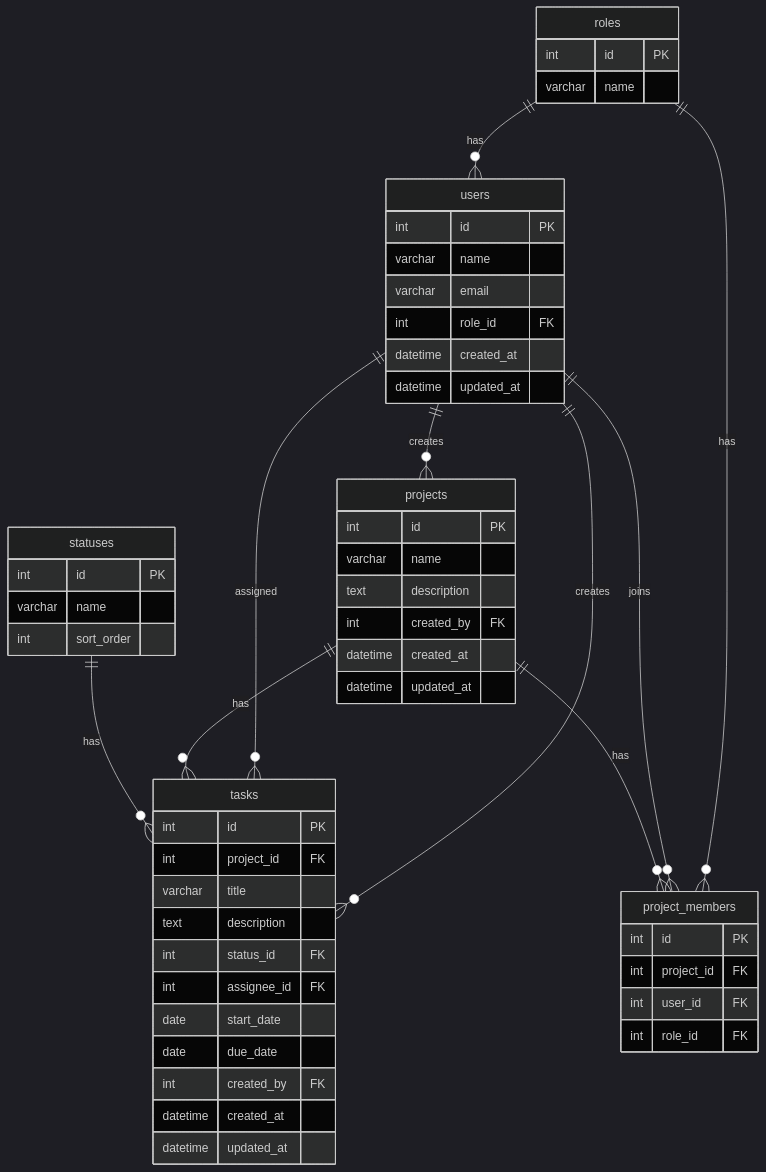
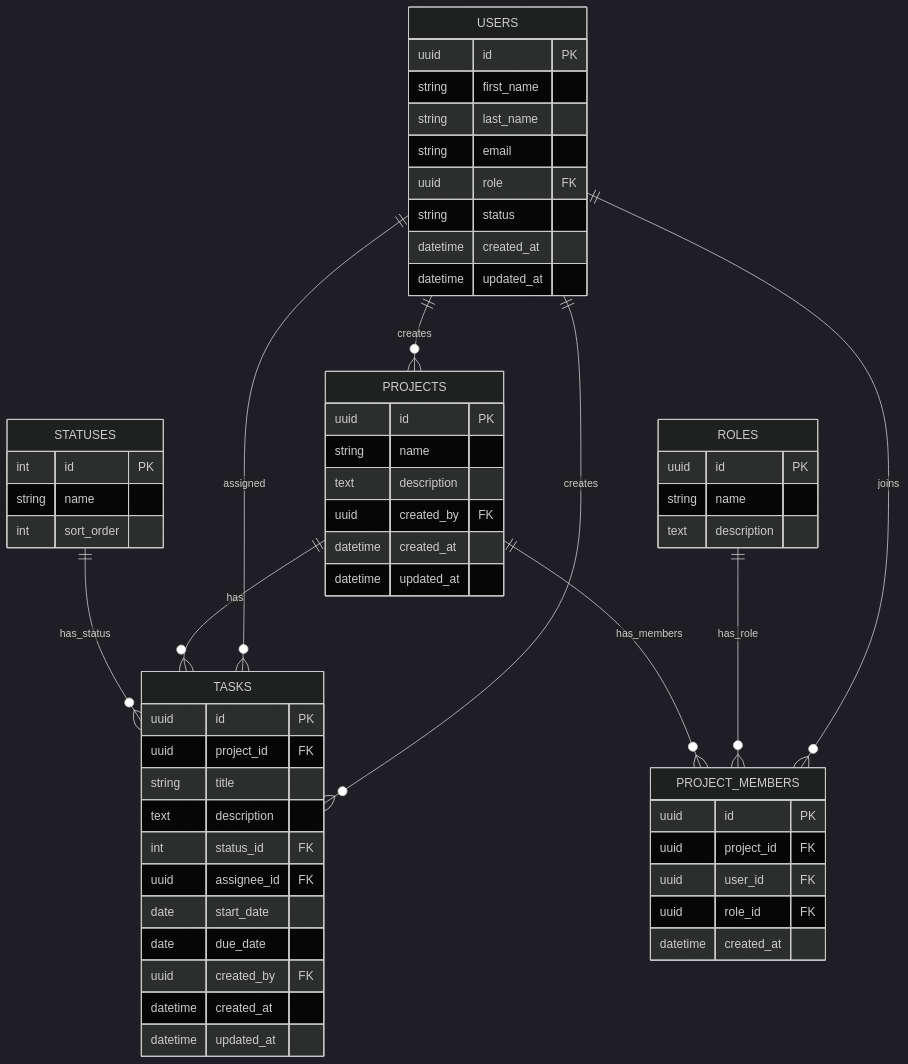
One commit to kazu0801-b/tm3-management-app changed the diagram in docs/er-diagram.md. Above: the diagram before and after it, drawn with Mermaid (dark theme). The commit also changed other lines of this file, not shown here.

Commit message:
docs: MVP用ER図を作成

````diff
--- a/docs/er-diagram.md
+++ b/docs/er-diagram.md
@@ -20,65 +24,68 @@
 ```mermaid
 erDiagram
-    roles ||--o{ users : "has"
-    roles ||--o{ project_members : "has"
+    USERS ||--o{ PROJECTS : "creates"
+    USERS ||--o{ TASKS : "creates"
+    USERS ||--o{ TASKS : "assigned"
+    USERS ||--o{ PROJECT_MEMBERS : "joins"
 
-    users ||--o{ projects : "creates"
-    users ||--o{ tasks : "creates"
-    users ||--o{ tasks : "assigned"
-    users ||--o{ project_members : "joins"
+    ROLES ||--o{ PROJECT_MEMBERS : "has_role"
 
-    projects ||--o{ tasks : "has"
-    projects ||--o{ project_members : "has"
+    PROJECTS ||--o{ TASKS : "has"
+    PROJECTS ||--o{ PROJECT_MEMBERS : "has_members"
 
-    statuses ||--o{ tasks : "has"
+    STATUSES ||--o{ TASKS : "has_status"
 
-    roles {
-        int id PK
-        varchar name
-    }
-
-    users {
-        int id PK
-        varchar name
-        varchar email
-        int role_id FK
+    USERS {
+        uuid id PK
+        string first_name
+        string last_name
+        string email
+        uuid role FK
+        string status
         datetime created_at
         datetime updated_at
     }
 
-    projects {
-        int id PK
-        varchar name
+    ROLES {
+        uuid id PK
+        string name
         text description
-        int created_by FK
+    }
+
+    PROJECTS {
+        uuid id PK
+        string name
+        text description
+        uuid created_by FK
         datetime created_at
         datetime updated_at
     }
 
-    project_members {
-        int id PK
-        int project_id FK
-        int user_id FK
-        int role_id FK
+    PROJECT_MEMBERS {
+        uuid id PK
+        uuid project_id FK
+        uuid user_id FK
+        uuid role_id FK
+        datetime created_at
     }
 
-    statuses {
+    STATUSES {
         int id PK
-        varchar name
+        string name
         int sort_order
     }
 
-    tasks {
-        int id PK
-        int project_id FK
-        varchar title
+    TASKS {
+        uuid id PK
+        uuid project_id FK
+        string title
         text description
         int status_id FK
-        int assignee_id FK
+        uuid assignee_id FK
         date start_date
         date due_date
-        int created_by FK
+        uuid created_by FK
         datetime created_at
         datetime updated_at
     }
 ```
````
